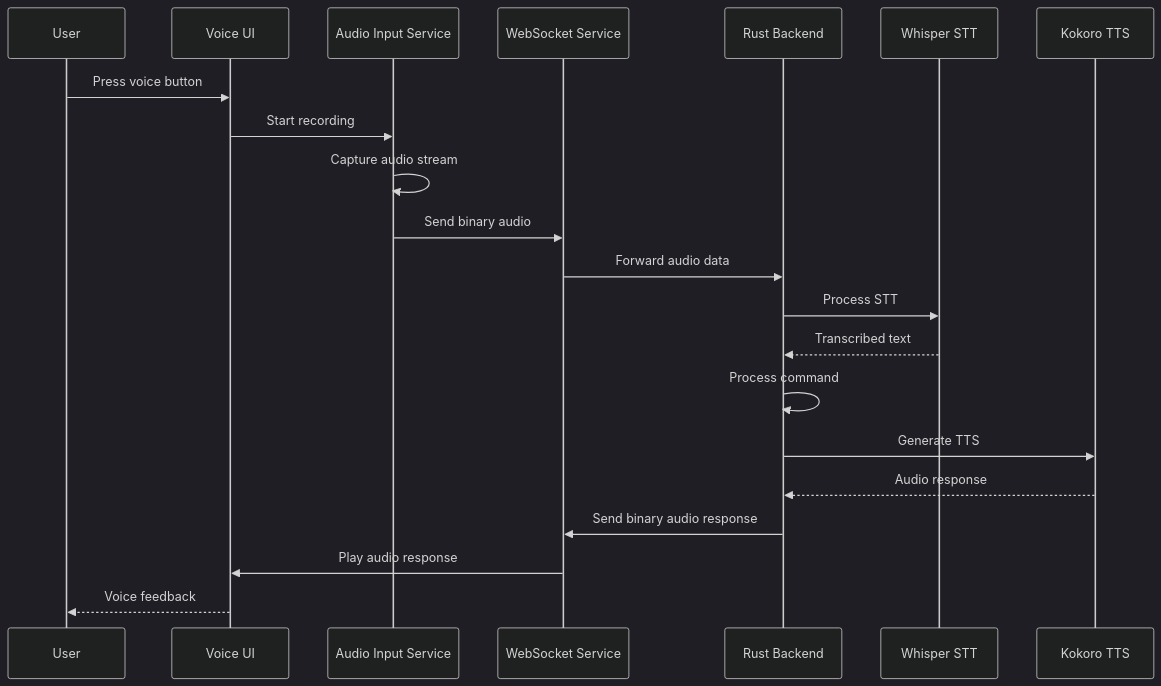
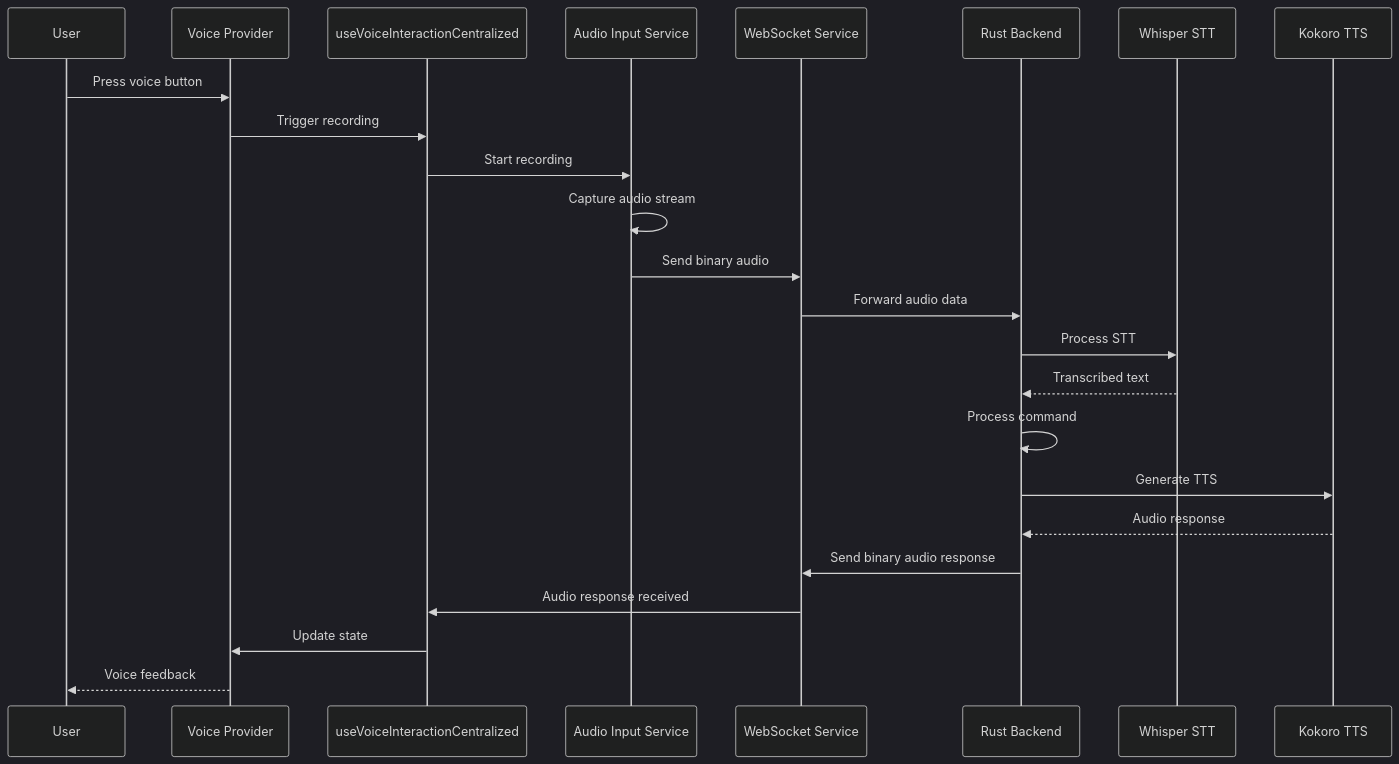
Diagram 11 of 13 in docs/client-architecture-current.md (DreamLab-AI/VisionFlow), drawn with Mermaid (dark theme) before and after one commit. The commit also changed other lines of this file and 32 other files, not shown here.

Commit message:
about to refector graphactor monolith

````diff
--- a/docs/client-architecture-current.md
+++ b/docs/client-architecture-current.md
@@ -666,24 +725,27 @@
 ```mermaid
 sequenceDiagram
     participant User as User
-    participant VoiceUI as Voice UI
+    participant VoiceProvider as Voice Provider
+    participant CentralHook as useVoiceInteractionCentralized
     participant AudioService as Audio Input Service
     participant WS as WebSocket Service
     participant Backend as Rust Backend
     participant Whisper as Whisper STT
     participant Kokoro as Kokoro TTS
 
-    User->>VoiceUI: Press voice button
-    VoiceUI->>AudioService: Start recording
+    User->>VoiceProvider: Press voice button
+    VoiceProvider->>CentralHook: Trigger recording
+    CentralHook->>AudioService: Start recording
     AudioService->>AudioService: Capture audio stream
     AudioService->>WS: Send binary audio
     WS->>Backend: Forward audio data
     Backend->>Whisper: Process STT
     Whisper-->>Backend: Transcribed text
     Backend->>Backend: Process command
     Backend->>Kokoro: Generate TTS
     Kokoro-->>Backend: Audio response
     Backend->>WS: Send binary audio response
-    WS->>VoiceUI: Play audio response
-    VoiceUI-->>User: Voice feedback
+    WS->>CentralHook: Audio response received
+    CentralHook->>VoiceProvider: Update state
+    VoiceProvider-->>User: Voice feedback
 ```
````
